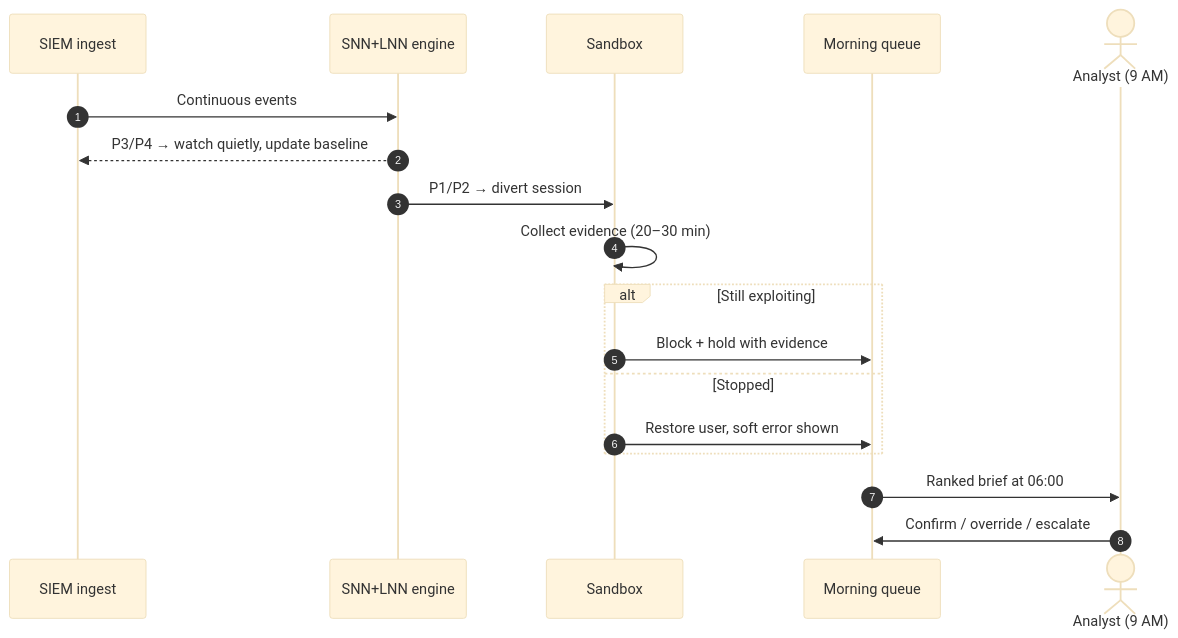
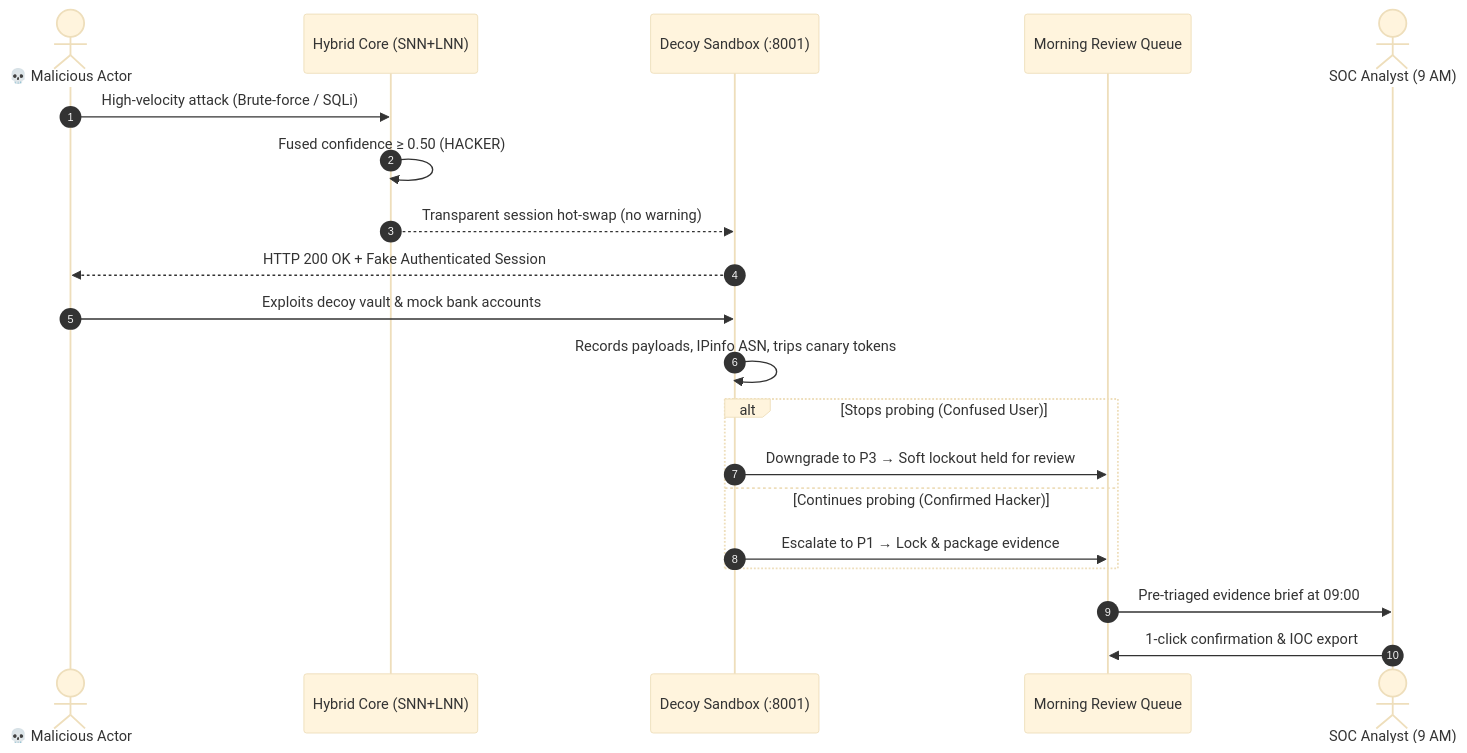
The fourth of 4 diagrams in README.md (MUKUL-PRASAD-SIGH/Project_NeuroSOC), drawn with Mermaid (base theme) before and after one commit. The commit also changed other lines of this file, not shown here.

````diff
--- a/README.md
+++ b/README.md
@@ -308,21 +328,23 @@
 ```mermaid
 sequenceDiagram
     autonumber
-    participant S as SIEM ingest
-    participant E as SNN+LNN engine
-    participant X as Sandbox
-    participant Q as Morning queue
-    actor H as Analyst (9 AM)
+    actor A as 💀 Malicious Actor
+    participant E as Hybrid Core (SNN+LNN)
+    participant S as Decoy Sandbox (:8001)
+    participant Q as Morning Review Queue
+    actor H as SOC Analyst (9 AM)
 
-    S->>E: Continuous events
-    E-->>S: P3/P4 → watch quietly, update baseline
-    E->>X: P1/P2 → divert session
-    X->>X: Collect evidence (20–30 min)
-    alt Still exploiting
-        X->>Q: Block + hold with evidence
-    else Stopped
-        X->>Q: Restore user, soft error shown
+    A->>E: High-velocity attack (Brute-force / SQLi)
+    E->>E: Fused confidence ≥ 0.50 (HACKER)
+    E-->>S: Transparent session hot-swap (no warning)
+    S-->>A: HTTP 200 OK + Fake Authenticated Session
+    A->>S: Exploits decoy vault & mock bank accounts
+    S->>S: Records payloads, IPinfo ASN, trips canary tokens
+    alt Stops probing (Confused User)
+        S->>Q: Downgrade to P3 → Soft lockout held for review
+    else Continues probing (Confirmed Hacker)
+        S->>Q: Escalate to P1 → Lock & package evidence
     end
-    Q->>H: Ranked brief at 06:00
-    H->>Q: Confirm / override / escalate
+    Q->>H: Pre-triaged evidence brief at 09:00
+    H->>Q: 1-click confirmation & IOC export
 ```
````
